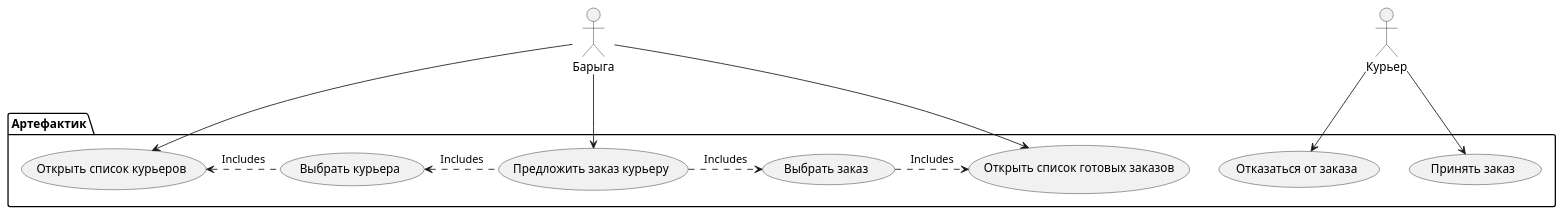
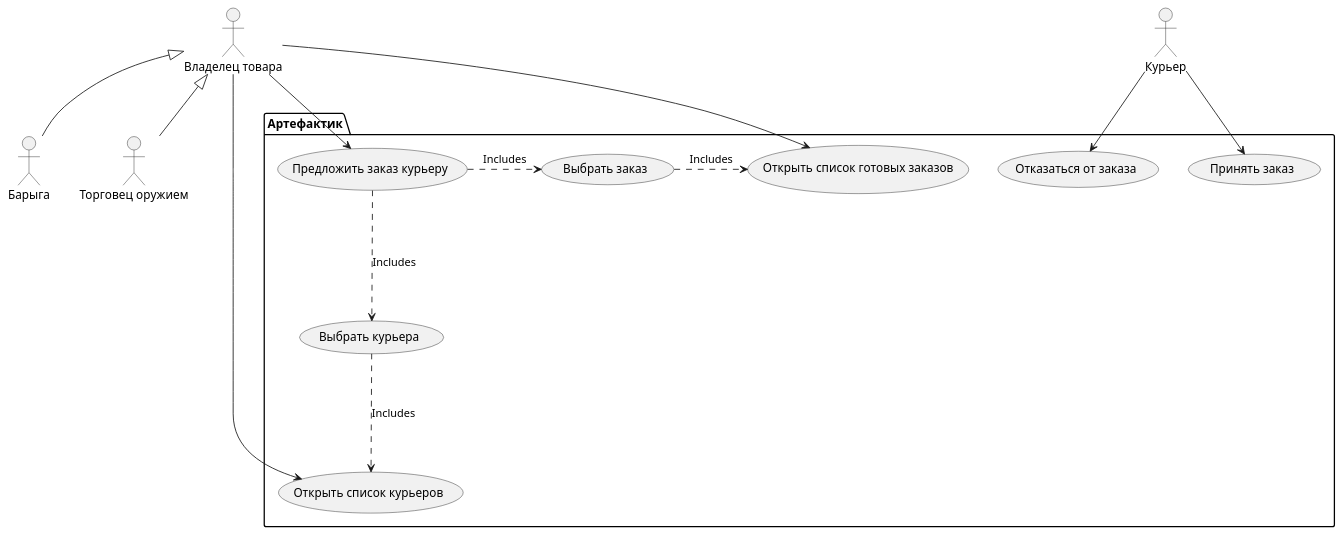
One commit to avdosev/itmo-software-diagrams changed the diagram in use-cases/huckster/suggest_courier.puml. Above: the diagram before and after it, drawn with PlantUML. The commit also changed 1 other file, not shown here.

```diff
--- a/use-cases/huckster/suggest_courier.puml
+++ b/use-cases/huckster/suggest_courier.puml
@@ -1,28 +1,34 @@
 @startuml
 actor Барыга as Sidor
+actor "Торговец оружием" as GunSeller
 actor Курьер as Courier
+
+actor "Владелец товара" as Owner
+
+Owner <|-- Sidor
+Owner <|-- GunSeller
 
 package Артефактик {
     usecase "Предложить заказ курьеру" as SuggestOrder
     usecase "Открыть список курьеров" as OpenCourierList
     usecase "Выбрать курьера" as SelectCourier
     usecase "Выбрать заказ" as SelectOrder
     usecase "Открыть список готовых заказов" as OpenOrderList
 
     usecase "Принять заказ" as AcceptOrder
     usecase "Отказаться от заказа" as RejectOrder
 
-    SuggestOrder .-left-> SelectCourier: "Includes" 
+    SuggestOrder .--> SelectCourier: "Includes" 
     SuggestOrder.> SelectOrder: "Includes"
 
     SelectOrder.> OpenOrderList: "Includes"
-    SelectCourier .-left-> OpenCourierList: "Includes"
+    SelectCourier .--> OpenCourierList: "Includes"
 }
 
-Sidor --> SuggestOrder
-Sidor --> OpenOrderList
-Sidor --> OpenCourierList
+Owner--> SuggestOrder
+Owner--> OpenOrderList
+Owner--> OpenCourierList
 
 Courier--> AcceptOrder
 Courier--> RejectOrder
 @enduml
```
